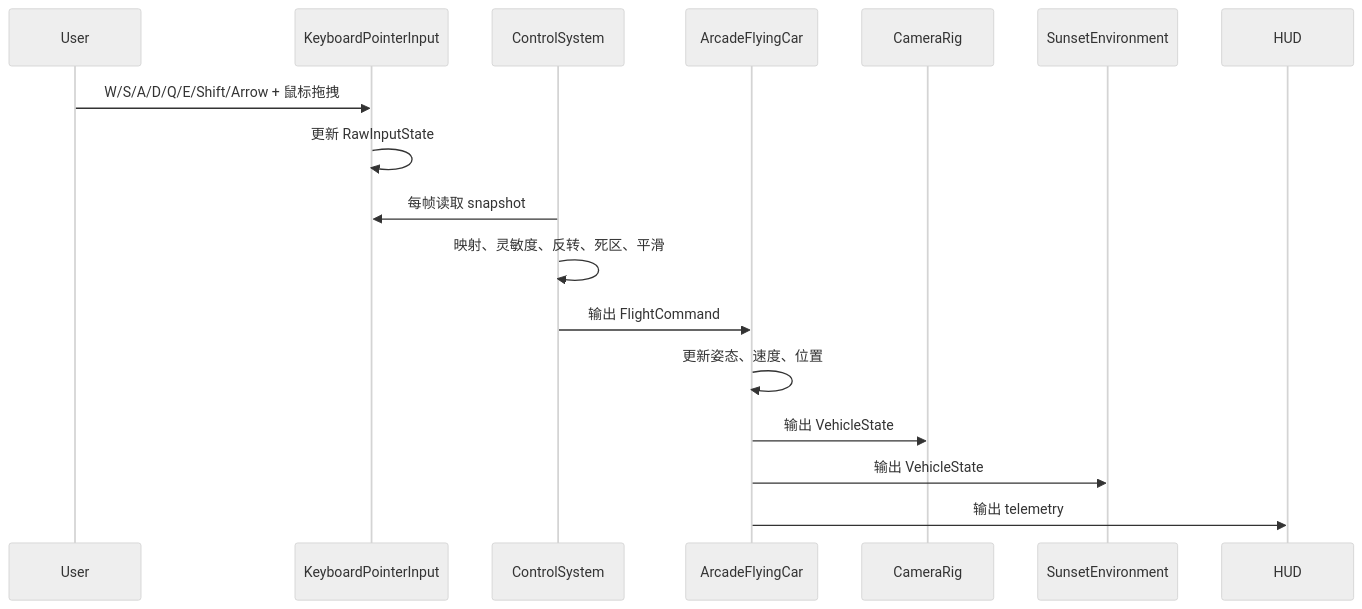
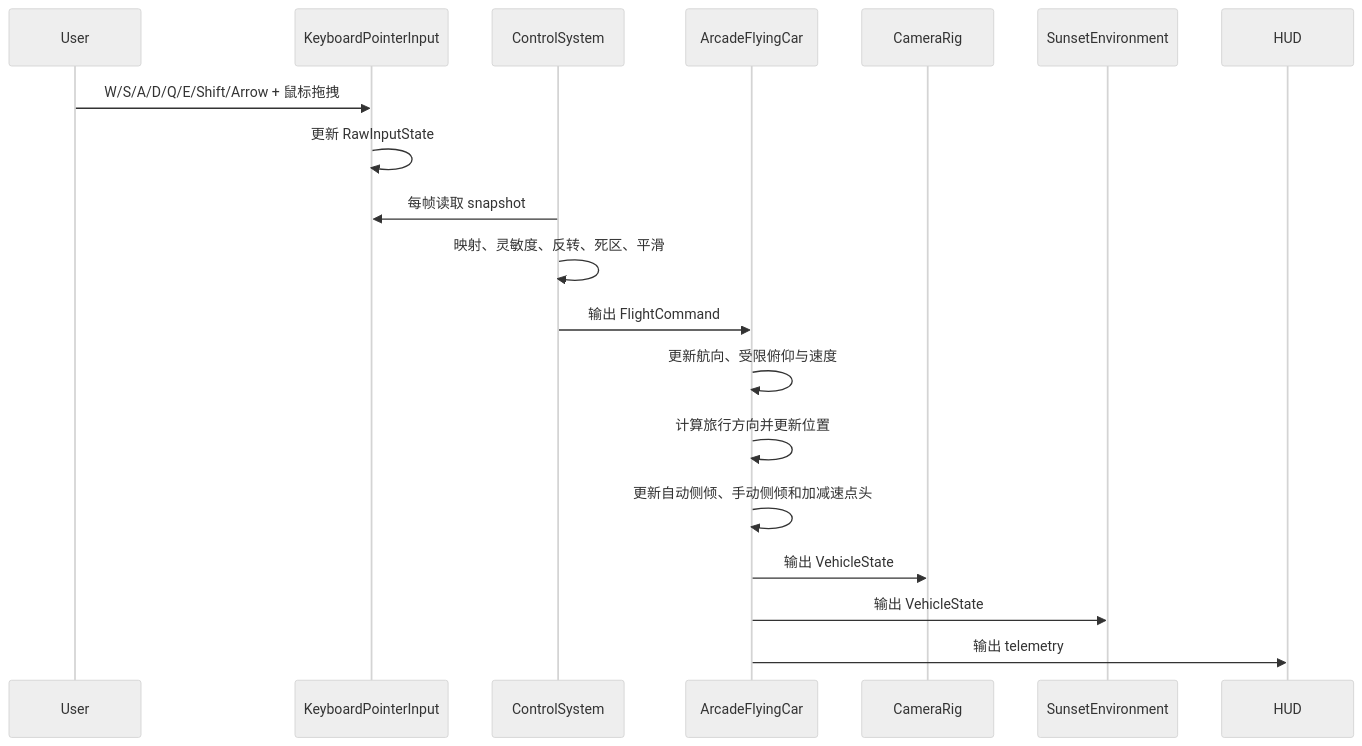
The second of 2 diagrams in docs/architecture/control-system/README.md (64n-goxutech/shader-roam), drawn with Mermaid (neutral theme) before and after one commit. The commit also changed other lines of this file and 14 other files, not shown here.

````diff
--- a/docs/architecture/control-system/README.md
+++ b/docs/architecture/control-system/README.md
@@ -73,20 +90,22 @@
 ```mermaid
 sequenceDiagram
     participant User
     participant Input as KeyboardPointerInput
     participant Control as ControlSystem
     participant Car as ArcadeFlyingCar
     participant Camera as CameraRig
     participant Env as SunsetEnvironment
     participant HUD
 
     User->>Input: W/S/A/D/Q/E/Shift/Arrow + 鼠标拖拽
     Input->>Input: 更新 RawInputState
     Control->>Input: 每帧读取 snapshot
     Control->>Control: 映射、灵敏度、反转、死区、平滑
     Control->>Car: 输出 FlightCommand
-    Car->>Car: 更新姿态、速度、位置
+    Car->>Car: 更新航向、受限俯仰与速度
+    Car->>Car: 计算旅行方向并更新位置
+    Car->>Car: 更新自动侧倾、手动侧倾和加减速点头
     Car->>Camera: 输出 VehicleState
     Car->>Env: 输出 VehicleState
     Car->>HUD: 输出 telemetry
 ```
````
